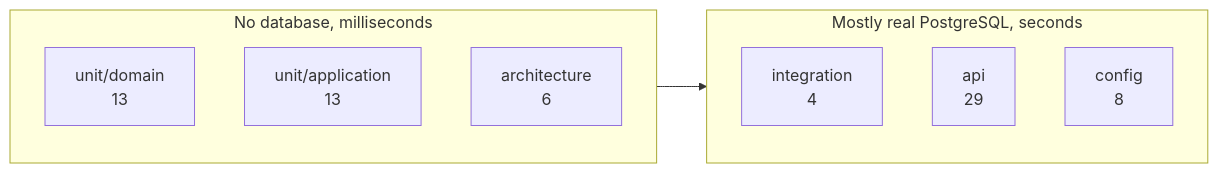
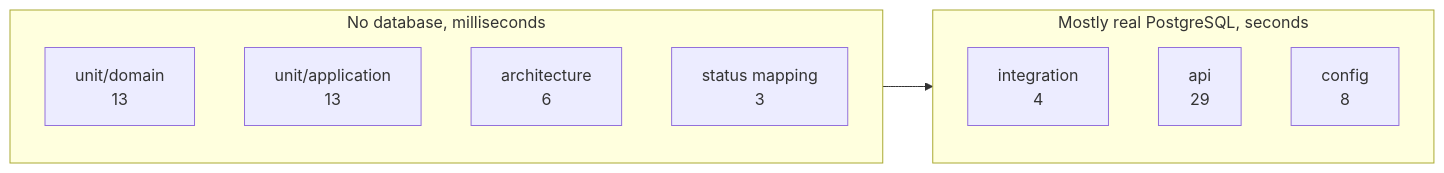
Diagram 11 of 12 in docs/architecture.md (massimoselvi/seatlock), drawn with Mermaid before and after one commit. The commit also changed other lines of this file and 4 other files, not shown here.

````diff
--- a/docs/architecture.md
+++ b/docs/architecture.md
@@ -526,14 +527,15 @@
 ```mermaid
 flowchart LR
     subgraph fast["No database, milliseconds"]
         d["unit/domain<br/>13"]
         a["unit/application<br/>13"]
         arch["architecture<br/>6"]
+        map["status mapping<br/>3"]
     end
     subgraph slow["Mostly real PostgreSQL, seconds"]
         i["integration<br/>4"]
         api["api<br/>29"]
         cfg["config<br/>8"]
     end
     fast --> slow
 ```
````
